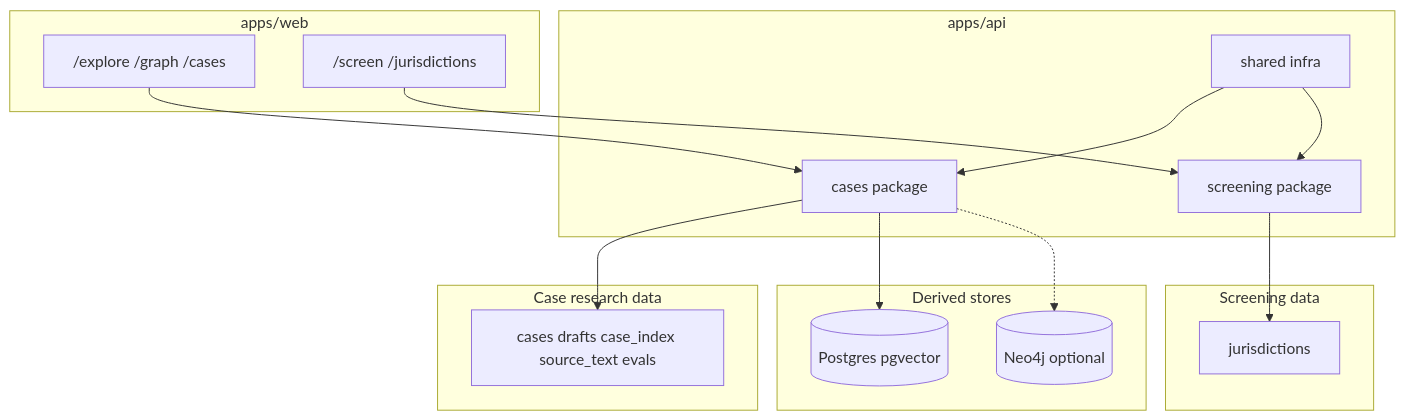
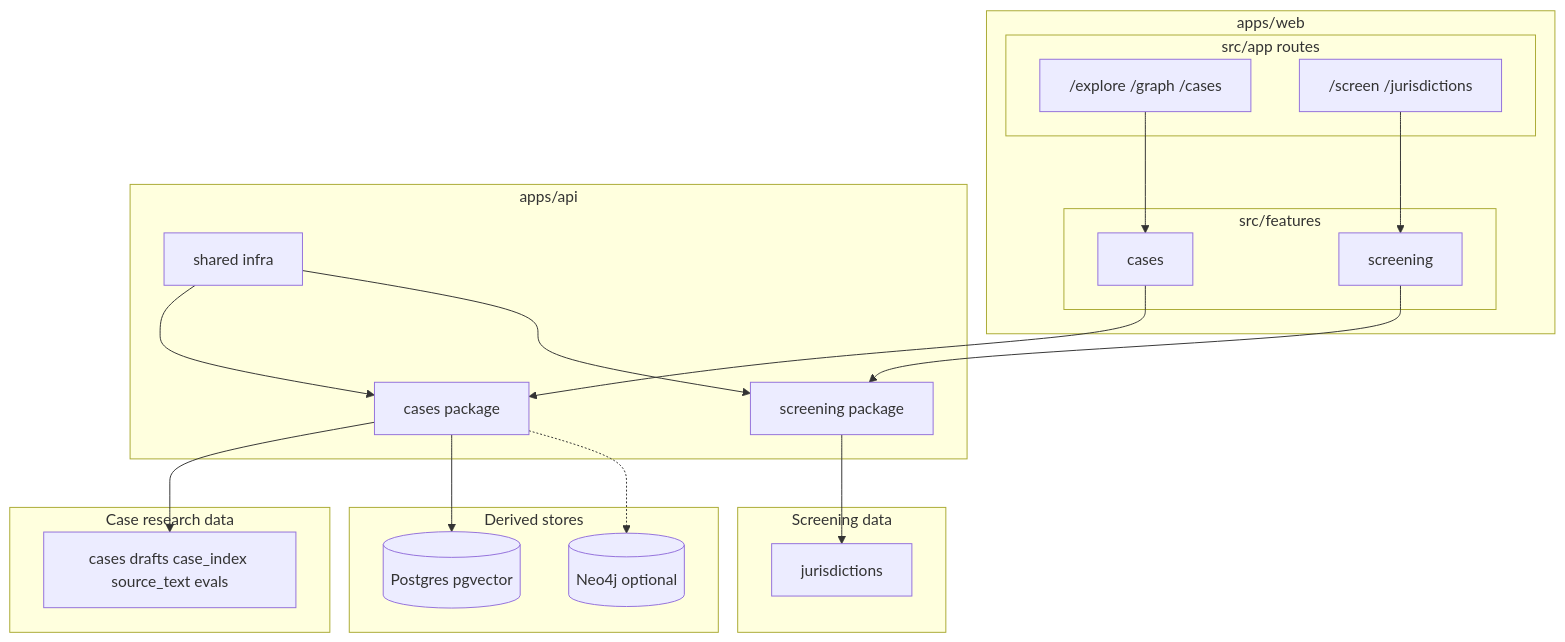
One commit to thepranky/open-market changed the diagram in docs/architecture/overview.md. Above: the diagram before and after it, drawn with Mermaid. The commit also changed other lines of this file and 19 other files, not shown here.

````diff
--- a/docs/architecture/overview.md
+++ b/docs/architecture/overview.md
@@ -8,30 +8,38 @@
 ```mermaid
 flowchart TB
     subgraph web [apps/web]
-        Explore["/explore /graph /cases"]
-        Screen["/screen /jurisdictions"]
+        subgraph webRoutes [src/app routes]
+            Explore["/explore /graph /cases"]
+            Screen["/screen /jurisdictions"]
+        end
+        subgraph webFeatures [src/features]
+            FeatCases[cases]
+            FeatScreen[screening]
+        end
     end
     subgraph api [apps/api]
         CasePkg[cases package]
         ScreenPkg[screening package]
         SharedPkg[shared infra]
     end
     subgraph dataCase [Case research data]
         Cases[cases drafts case_index source_text evals]
     end
     subgraph dataScreen [Screening data]
         Juris[jurisdictions]
     end
     subgraph derived [Derived stores]
         PG[(Postgres pgvector)]
         Neo4j[(Neo4j optional)]
     end
-    Explore --> CasePkg
-    Screen --> ScreenPkg
+    Explore --> FeatCases
+    Screen --> FeatScreen
+    FeatCases --> CasePkg
+    FeatScreen --> ScreenPkg
     CasePkg --> Cases
     ScreenPkg --> Juris
     CasePkg --> PG
     CasePkg -.-> Neo4j
     SharedPkg --> CasePkg
     SharedPkg --> ScreenPkg
 ```
````
